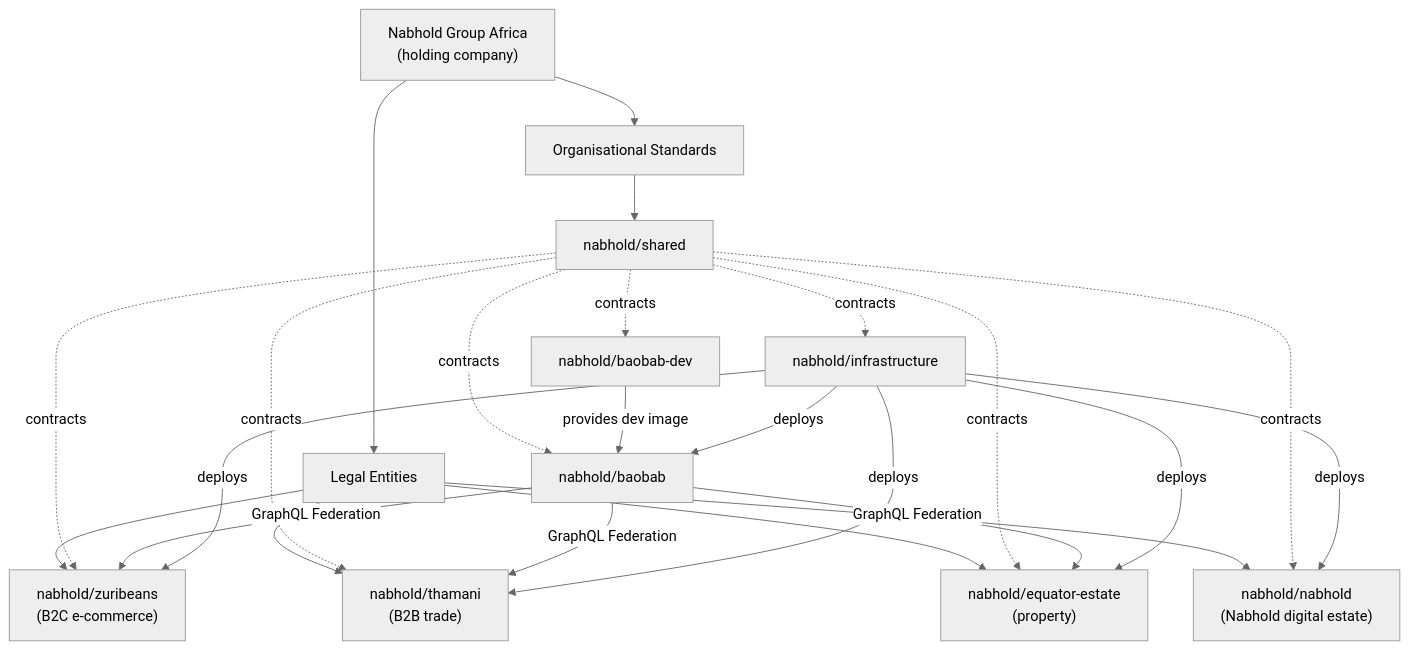
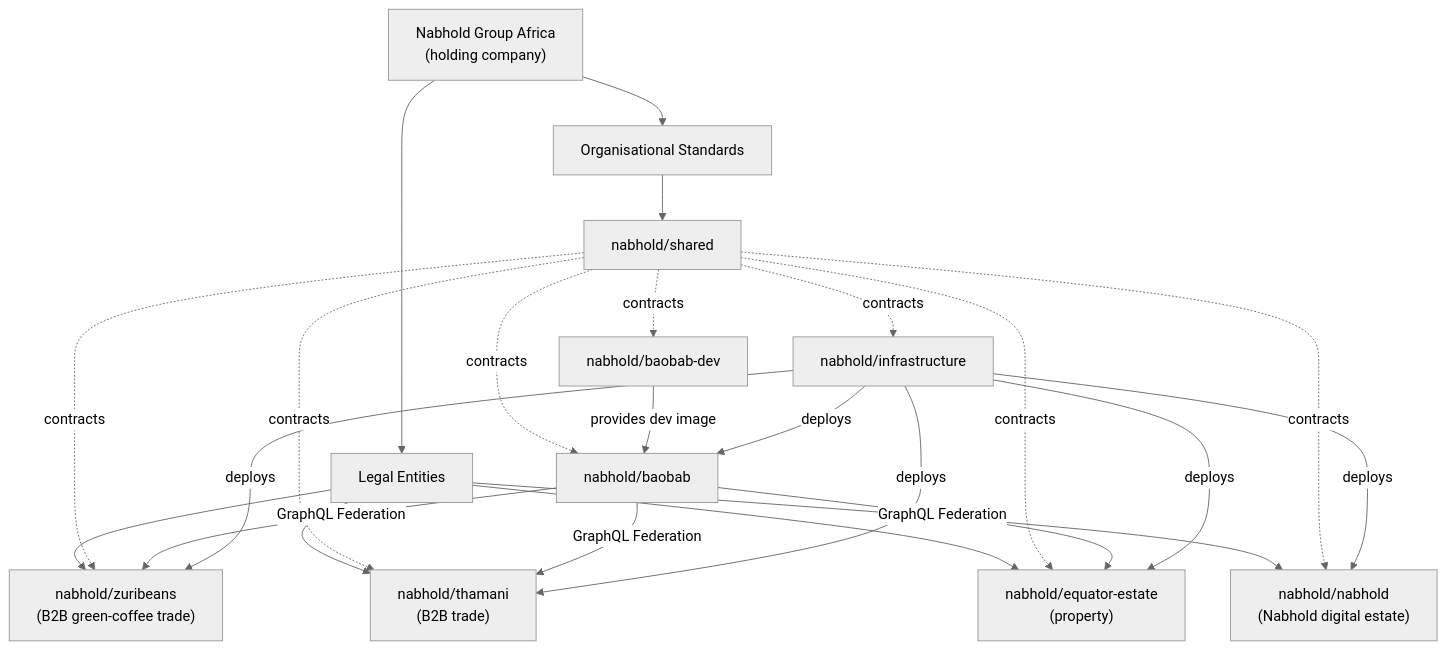
Before and after one commit to nabhold/shared: the first of 2 diagrams in docs/adr/ADR-0001-nabhold-digital-estate-architecture.md, drawn with Mermaid (neutral theme). The commit also changed other lines of this file and 1 other file, not shown here.

Commit message:
fix: classify Zuribeans as B2B Next.js estate

````diff
--- a/docs/adr/ADR-0001-nabhold-digital-estate-architecture.md
+++ b/docs/adr/ADR-0001-nabhold-digital-estate-architecture.md
@@ -50,31 +50,31 @@
 ```mermaid
 flowchart TB
     NGA["Nabhold Group Africa<br/>(holding company)"]
     NGA --> STD["Organisational Standards"]
     NGA --> ENT["Legal Entities"]
 
     STD --> SHARED["nabhold/shared"]
 
     ENT --> NAB["nabhold/nabhold<br/>(Nabhold digital estate)"]
-    ENT --> ZUR["nabhold/zuribeans<br/>(B2C e-commerce)"]
+    ENT --> ZUR["nabhold/zuribeans<br/>(B2B green-coffee trade)"]
     ENT --> THA["nabhold/thamani<br/>(B2B trade)"]
     ENT --> EQE["nabhold/equator-estate<br/>(property)"]
 
     SHARED -. contracts .-> BDEV["nabhold/baobab-dev"]
     SHARED -. contracts .-> BAO["nabhold/baobab"]
     SHARED -. contracts .-> INFRA["nabhold/infrastructure"]
     SHARED -. contracts .-> ZUR
     SHARED -. contracts .-> THA
     SHARED -. contracts .-> EQE
     SHARED -. contracts .-> NAB
 
     BDEV -->|provides dev image| BAO
     BAO -->|GraphQL Federation| ZUR
     BAO -->|GraphQL Federation| THA
     BAO -->|GraphQL Federation| EQE
     INFRA -->|deploys| BAO
     INFRA -->|deploys| ZUR
     INFRA -->|deploys| THA
     INFRA -->|deploys| EQE
     INFRA -->|deploys| NAB
 ```
````
